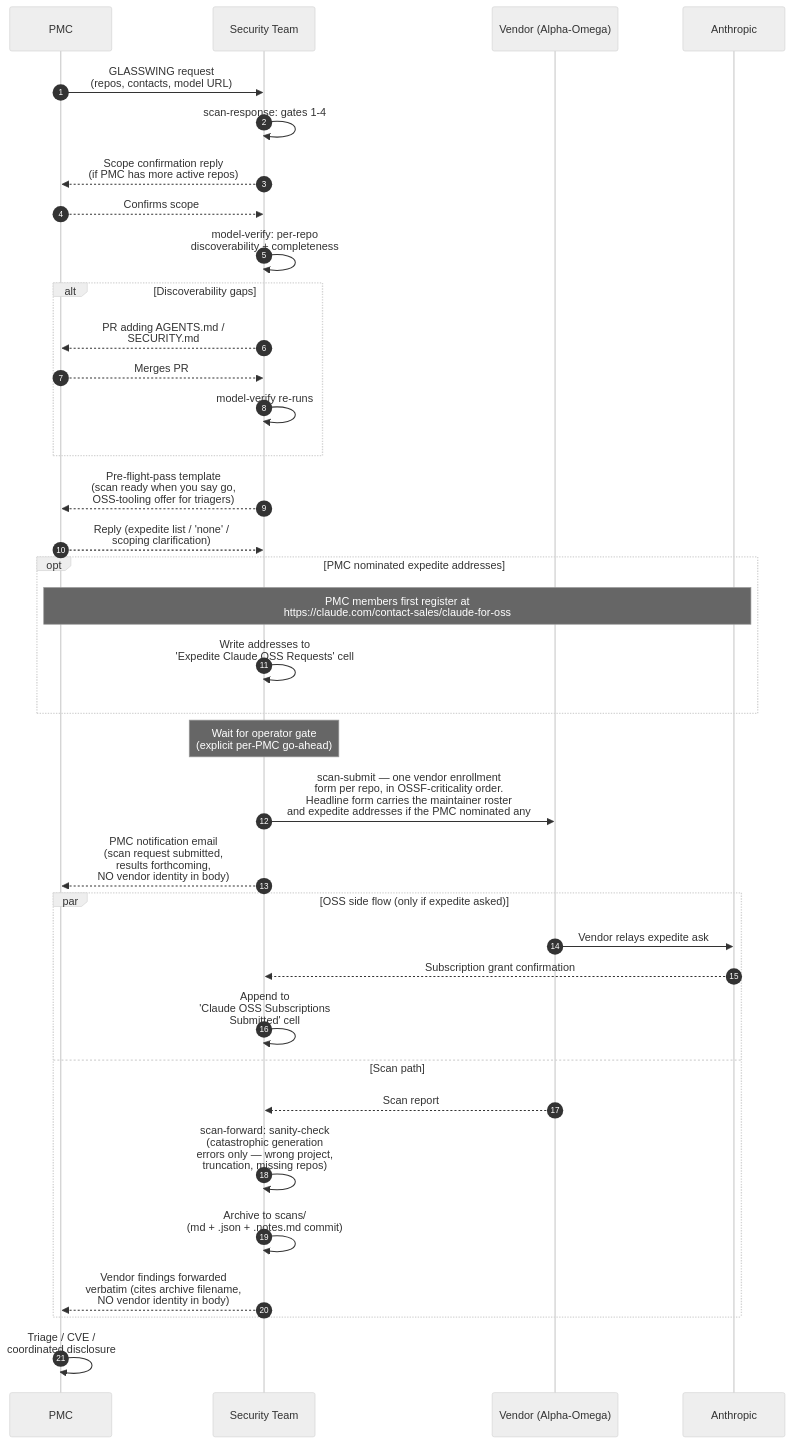
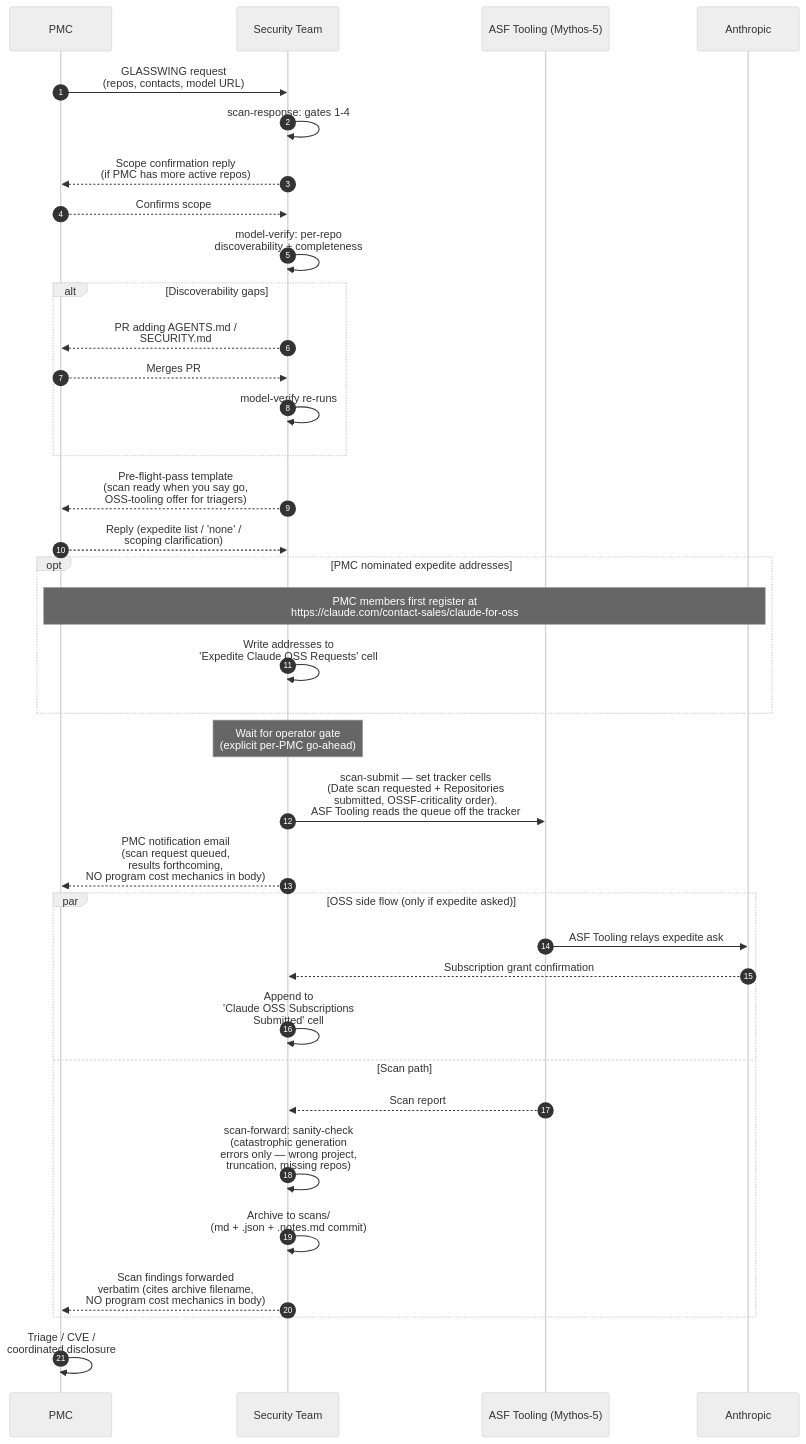
Before and after one commit to raboof/apache-security-dash: the fourth of 5 diagrams in README.md, drawn with Mermaid (neutral theme). The commit also changed other lines of this file and 16 other files, not shown here.

````diff
--- a/README.md
+++ b/README.md
@@ -229,38 +234,38 @@
 ```mermaid
 sequenceDiagram
     autonumber
     participant PMC
     participant Sec as Security Team
-    participant V as Vendor (Alpha-Omega)
+    participant TL as ASF Tooling (Mythos-5)
     participant A as Anthropic
     PMC->>Sec: GLASSWING request<br/>(repos, contacts, model URL)
     Sec->>Sec: scan-response: gates 1-4
     Sec-->>PMC: Scope confirmation reply<br/>(if PMC has more active repos)
     PMC-->>Sec: Confirms scope
     Sec->>Sec: model-verify: per-repo<br/>discoverability + completeness
     alt Discoverability gaps
         Sec-->>PMC: PR adding AGENTS.md /<br/>SECURITY.md
         PMC-->>Sec: Merges PR
         Sec->>Sec: model-verify re-runs
     end
     Sec-->>PMC: Pre-flight-pass template<br/>(scan ready when you say go,<br/>OSS-tooling offer for triagers)
     PMC-->>Sec: Reply (expedite list / 'none' /<br/>scoping clarification)
     opt PMC nominated expedite addresses
         Note over PMC,A: PMC members first register at<br/>https://claude.com/contact-sales/claude-for-oss
         Sec->>Sec: Write addresses to<br/>'Expedite Claude OSS Requests' cell
     end
     Note over Sec: Wait for operator gate<br/>(explicit per-PMC go-ahead)
-    Sec->>V: scan-submit — one vendor enrollment<br/>form per repo, in OSSF-criticality order.<br/>Headline form carries the maintainer roster<br/>and expedite addresses if the PMC nominated any
-    Sec-->>PMC: PMC notification email<br/>(scan request submitted,<br/>results forthcoming,<br/>NO vendor identity in body)
+    Sec->>TL: scan-submit — set tracker cells<br/>(Date scan requested + Repositories<br/>submitted, OSSF-criticality order).<br/>ASF Tooling reads the queue off the tracker
+    Sec-->>PMC: PMC notification email<br/>(scan request queued,<br/>results forthcoming,<br/>NO program cost mechanics in body)
     par OSS side flow (only if expedite asked)
-        V->>A: Vendor relays expedite ask
+        TL->>A: ASF Tooling relays expedite ask
         A-->>Sec: Subscription grant confirmation
         Sec->>Sec: Append to<br/>'Claude OSS Subscriptions<br/>Submitted' cell
     and Scan path
-        V-->>Sec: Scan report
+        TL-->>Sec: Scan report
         Sec->>Sec: scan-forward: sanity-check<br/>(catastrophic generation<br/>errors only — wrong project,<br/>truncation, missing repos)
         Sec->>Sec: Archive to scans/<br/>(md + .json + .notes.md commit)
-        Sec-->>PMC: Vendor findings forwarded<br/>verbatim (cites archive filename,<br/>NO vendor identity in body)
+        Sec-->>PMC: Scan findings forwarded<br/>verbatim (cites archive filename,<br/>NO program cost mechanics in body)
     end
     PMC->>PMC: Triage / CVE /<br/>coordinated disclosure
 ```
````
